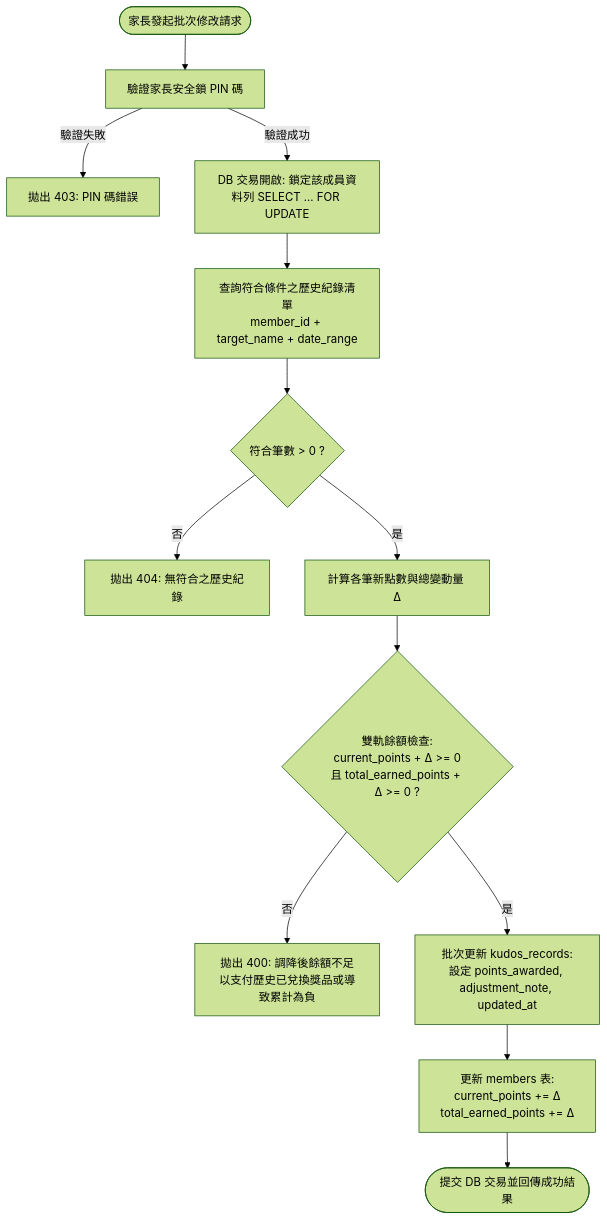
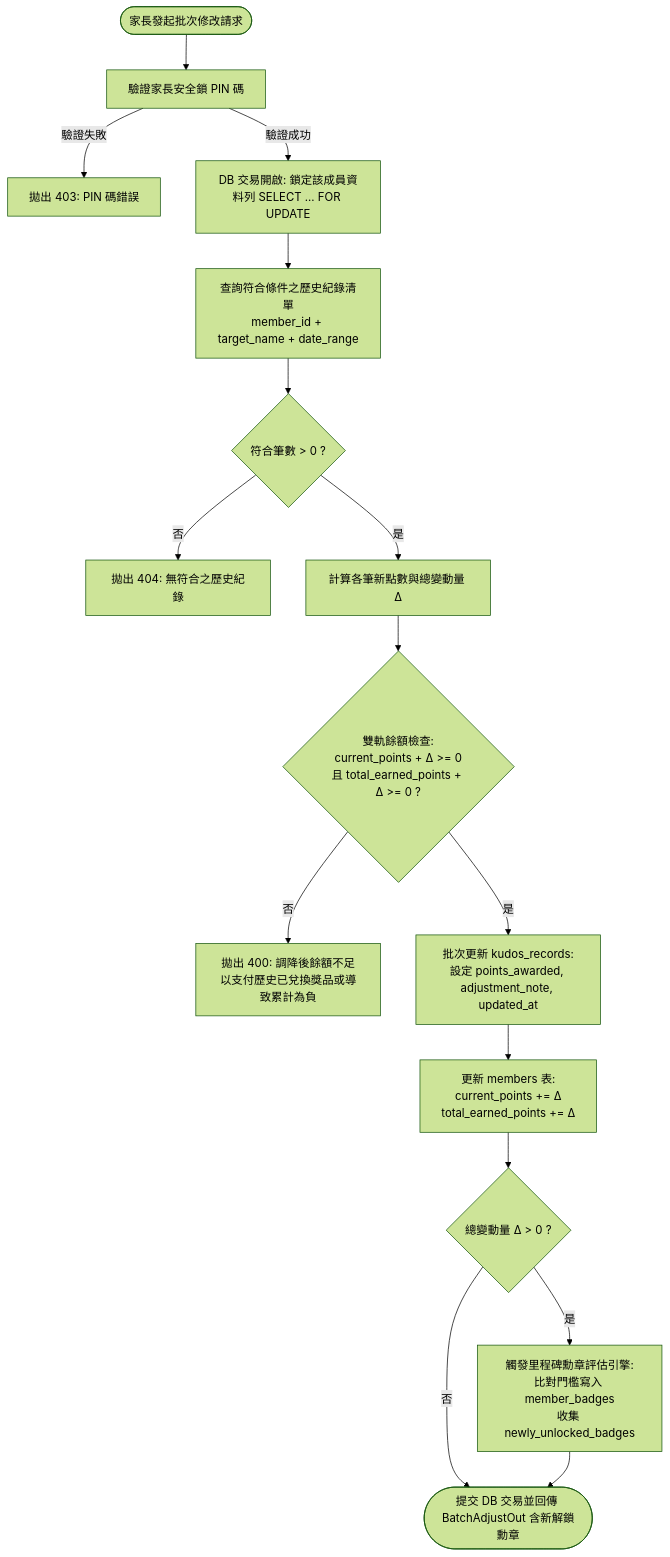
Before and after one commit to chinsonyeh/frog_kudos: the third of 3 diagrams in DESIGN.md, drawn with Mermaid (forest theme). The commit also changed other lines of this file, not shown here.

Commit message:
fix(design): resolve round 4 conflicts for bootstrap seed members, requirements.txt, dev CORS, batch badges, and PWA MIME

````diff
--- a/DESIGN.md
+++ b/DESIGN.md
@@ -257,15 +291,18 @@
 ```mermaid
 flowchart TD
     Start([家長發起批次修改請求]) --> Step1[驗證家長安全鎖 PIN 碼]
     Step1 -- 驗證失敗 --> ErrPin[拋出 403: PIN 碼錯誤]
     Step1 -- 驗證成功 --> Step2[DB 交易開啟: 鎖定該成員資料列 SELECT ... FOR UPDATE]
     Step2 --> Step3[查詢符合條件之歷史紀錄清單<br>member_id + target_name + date_range]
     Step3 --> Step4{符合筆數 > 0 ?}
     Step4 -- 否 --> ErrZero[拋出 404: 無符合之歷史紀錄]
     Step4 -- 是 --> Step5[計算各筆新點數與總變動量 Δ]
     Step5 --> Step6{雙軌餘額檢查:<br>current_points + Δ >= 0<br>且 total_earned_points + Δ >= 0 ?}
     Step6 -- 否 --> ErrNeg[拋出 400: 調降後餘額不足以支付歷史已兌換獎品或導致累計為負]
     Step6 -- 是 --> Step7[批次更新 kudos_records:<br>設定 points_awarded, adjustment_note, updated_at]
     Step7 --> Step8[更新 members 表:<br>current_points += Δ<br>total_earned_points += Δ]
-    Step8 --> Commit([提交 DB 交易並回傳成功結果])
+    Step8 --> Step9{總變動量 Δ > 0 ?}
+    Step9 -- 是 --> StepBadge[觸發里程碑勳章評估引擎:<br>比對門檻寫入 member_badges<br>收集 newly_unlocked_badges]
+    Step9 -- 否 --> Commit
+    StepBadge --> Commit([提交 DB 交易並回傳 BatchAdjustOut 含新解鎖勳章])
 ```
````
